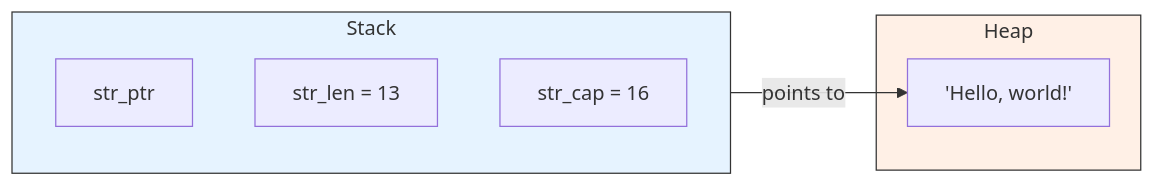
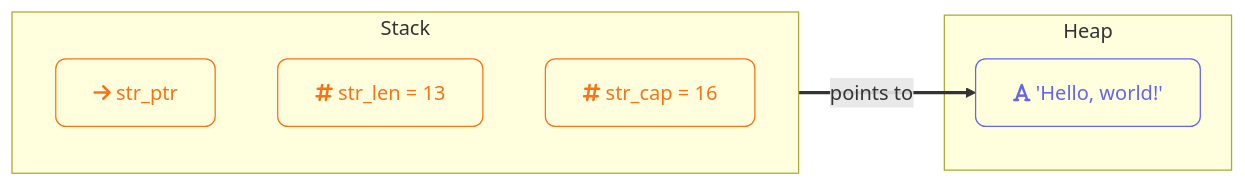
One commit to zafarale/cloudification changed the third of 4 diagrams in src/content/programming/common/memory-management.mdx. Above: the diagram before and after it, drawn with Mermaid. The commit also changed other lines of this file and 84 other files, not shown here.

````diff
--- a/src/content/programming/common/memory-management.mdx
+++ b/src/content/programming/common/memory-management.mdx
@@ -124,18 +130,21 @@
 ```mermaid
 flowchart LR
+    accTitle: Stack Metadata Pointing to Heap Data
+    accDescr: Flowchart showing that a String stores its metadata (pointer, length, capacity) on the stack while the actual character data lives on the heap.
+    classDef stack fill:none,stroke:#f97316,color:#f97316,rx:8,ry:8
+    classDef heap  fill:none,stroke:#6366f1,color:#6366f1,rx:8,ry:8
+    linkStyle default stroke-width:2.5px
+
     subgraph Stack["Stack"]
         direction TB
-        ptr["str_ptr"]
-        len["str_len = 13"]
-        cap["str_cap = 16"]
+        ptr["fa:fa-arrow-right str_ptr"]:::stack
+        len["fa:fa-hashtag str_len = 13"]:::stack
+        cap["fa:fa-hashtag str_cap = 16"]:::stack
     end
-    
+
     subgraph Heap["Heap"]
-        data["'Hello, world!'"]
+        data["fa:fa-font 'Hello, world!'"]:::heap
     end
-    
+
     ptr -->|"points to"| data
-    
-    style Stack fill:#e6f3ff,stroke:#333
-    style Heap fill:#fff0e6,stroke:#333
 ```
````
